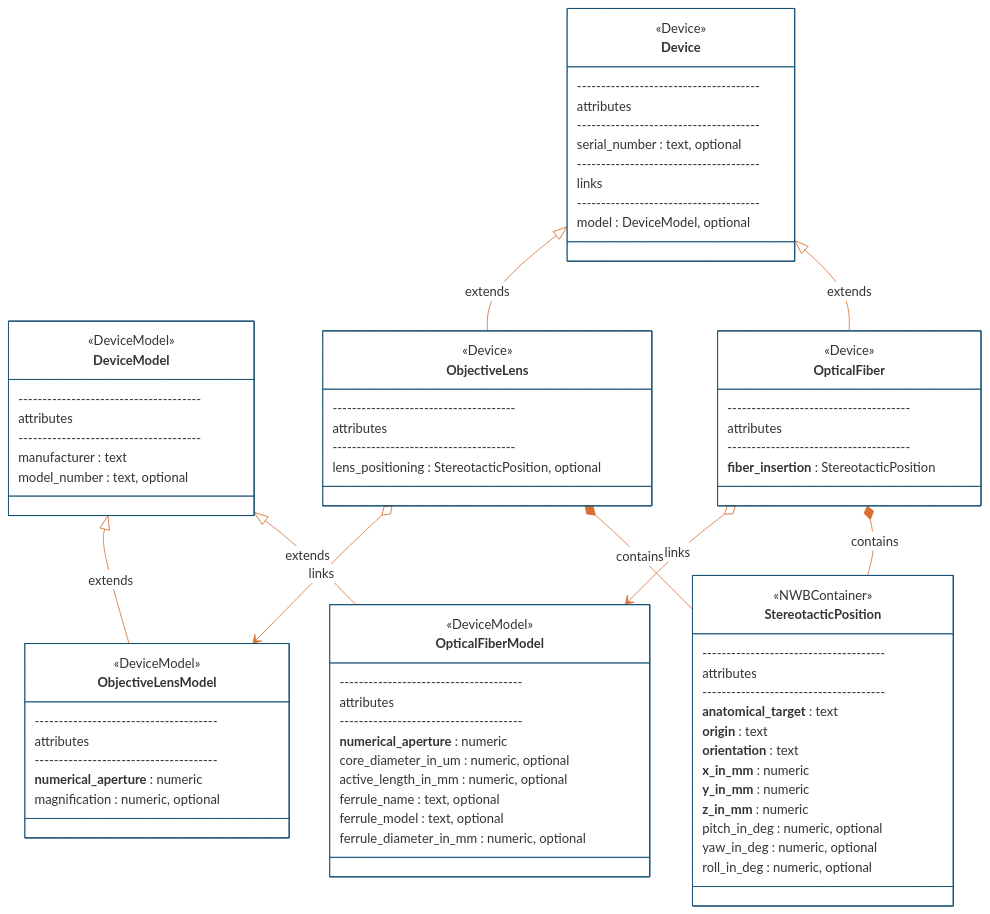
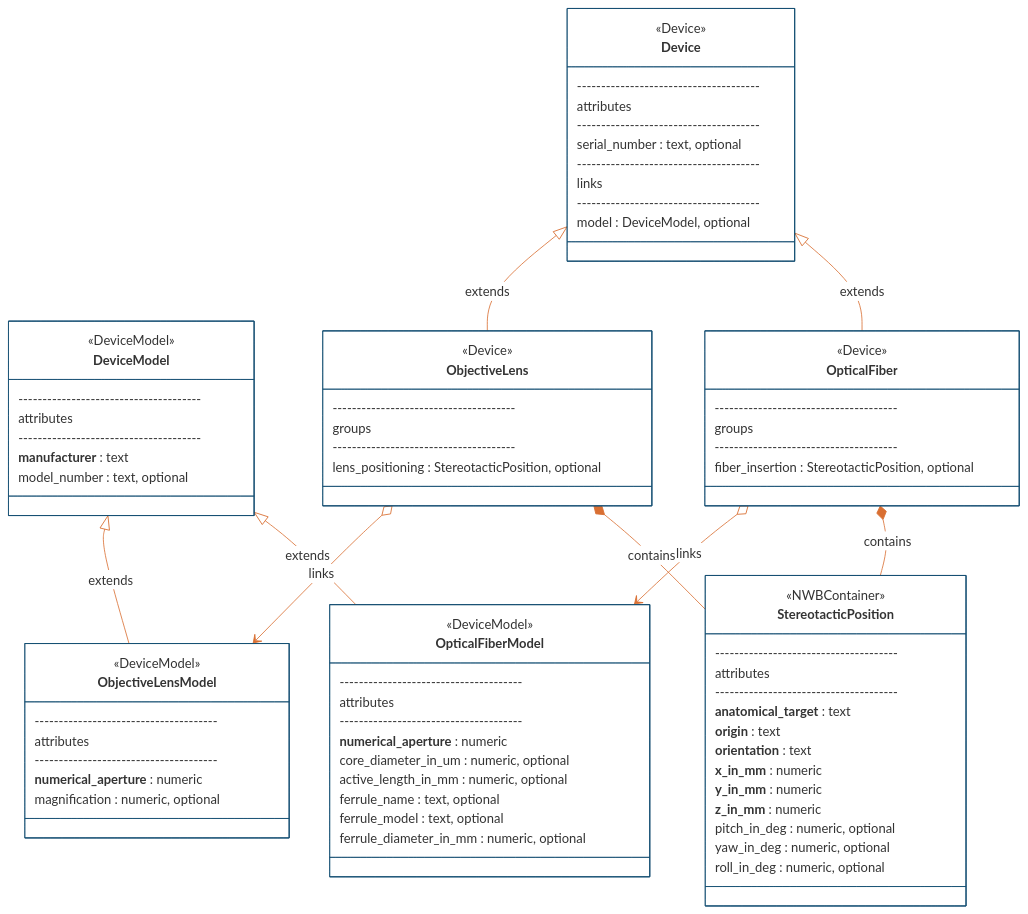
The third of 4 diagrams in README.md (catalystneuro/ndx-ophys-devices), drawn with Mermaid before and after one commit. The commit also changed other lines of this file and 4 other files, not shown here.

````diff
--- a/README.md
+++ b/README.md
@@ -483,17 +519,17 @@
 ```mermaid
 %%{init: {'theme': 'base', 'themeVariables': {'primaryColor': '#ffffff', 'primaryBorderColor': '#144E73', 'lineColor': '#D96F32'}}}%%
 classDiagram
-    direction TB    
-    
+    direction TB
+
     class DeviceModel{
         <<DeviceModel>>
         --------------------------------------
         attributes
         --------------------------------------
-        manufacturer : text
+        **manufacturer** : text
         model_number : text, optional
     }
-    
+
     class Device{
         <<Device>>
         --------------------------------------
@@ -505,7 +541,7 @@
         --------------------------------------
         model : DeviceModel, optional
     }
-    
+
     class StereotacticPosition{
         <<NWBContainer>>
         --------------------------------------
@@ -532,15 +568,15 @@
         active_length_in_mm : numeric, optional
         ferrule_name : text, optional
         ferrule_model : text, optional
-        ferrule_diameter_in_mm : numeric, optional 
+        ferrule_diameter_in_mm : numeric, optional
     }
-    
+
     class OpticalFiber{
         <<Device>>
         --------------------------------------
-        attributes
+        groups
         --------------------------------------
-        **fiber_insertion** : StereotacticPosition
+        fiber_insertion : StereotacticPosition, optional
     }
 
     class ObjectiveLensModel{
@@ -551,11 +587,11 @@
         **numerical_aperture** : numeric
         magnification : numeric, optional
     }
-    
+
     class ObjectiveLens{
         <<Device>>
         --------------------------------------
-        attributes
+        groups
         --------------------------------------
         lens_positioning : StereotacticPosition, optional
     }
````
